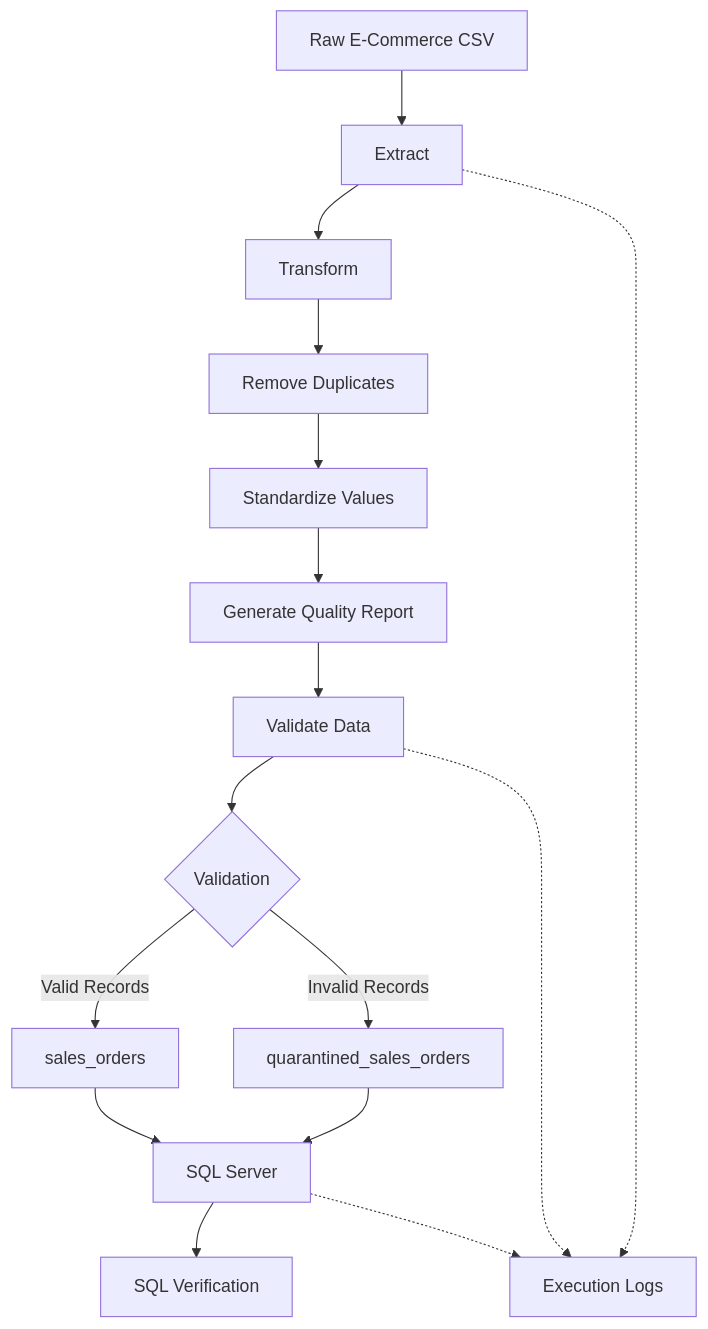
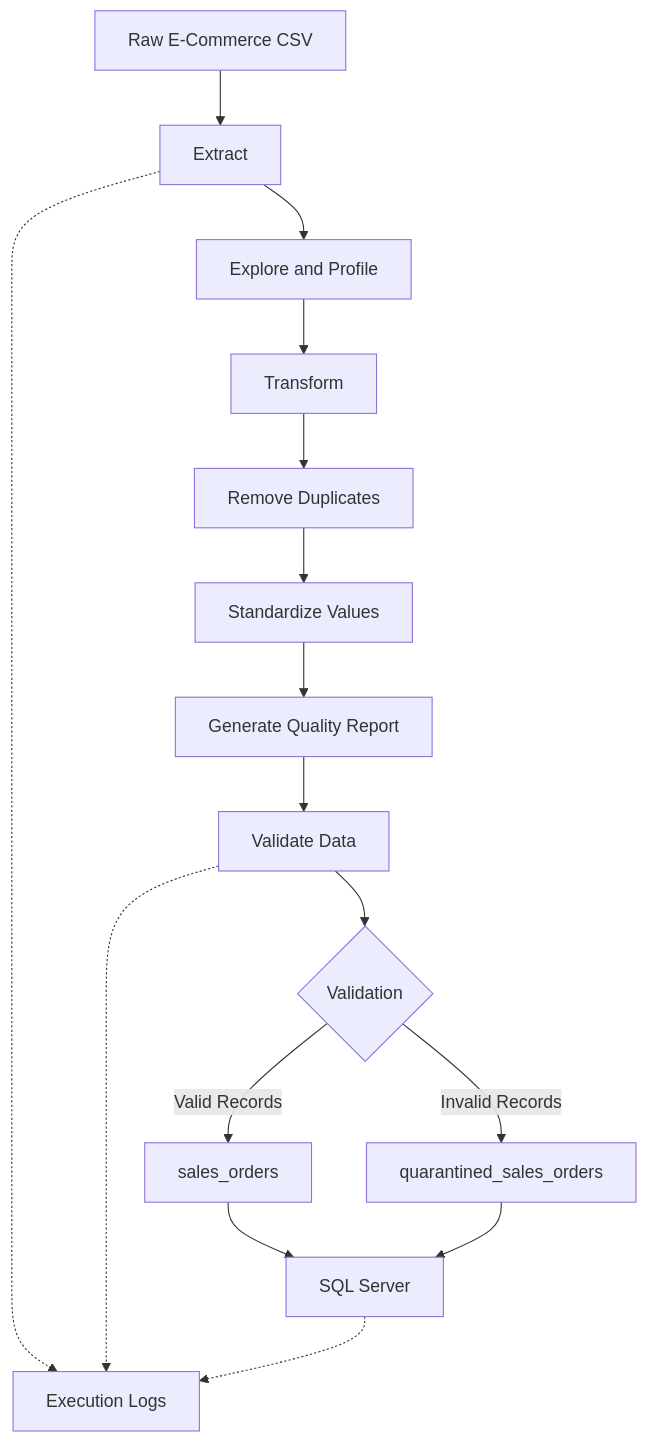
The diagram in README.md (abhinandan2611/Ecommerce-Sales-ETL-Pipeline), drawn with Mermaid before and after one commit. The commit also changed other lines of this file, not shown here.

````diff
--- a/README.md
+++ b/README.md
@@ -49,18 +63,18 @@
 ```mermaid
 flowchart TD
     A[Raw E-Commerce CSV] --> B[Extract]
-    B --> C[Transform]
-    C --> D[Remove Duplicates]
-    D --> E[Standardize Values]
-    E --> F[Generate Quality Report]
-    F --> G[Validate Data]
-    G --> H{Validation}
-    H -->|Valid Records| I[sales_orders]
-    H -->|Invalid Records| J[quarantined_sales_orders]
-    I --> K[SQL Server]
-    J --> K
-    K --> L[SQL Verification]
+    B --> C[Explore and Profile]
+    C --> D[Transform]
+    D --> E[Remove Duplicates]
+    E --> F[Standardize Values]
+    F --> G[Generate Quality Report]
+    G --> H[Validate Data]
+    H --> I{Validation}
+    I -->|Valid Records| J[sales_orders]
+    I -->|Invalid Records| K[quarantined_sales_orders]
+    J --> L[SQL Server]
+    K --> L
     B -.-> M[Execution Logs]
-    G -.-> M
-    K -.-> M
+    H -.-> M
+    L -.-> M
 ```
````
